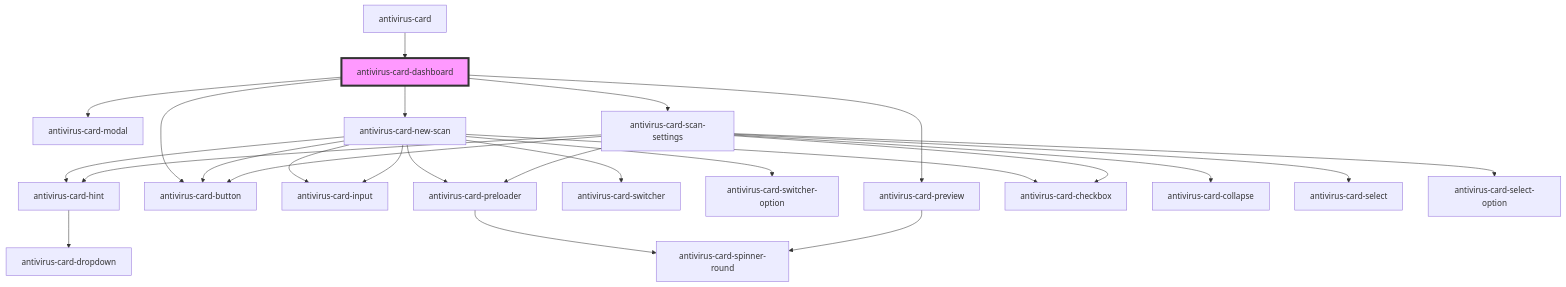
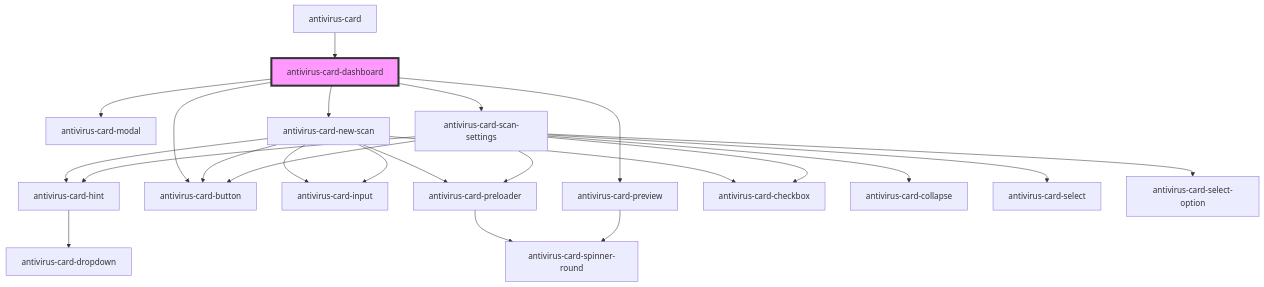
Before and after one commit to ispsystem/plugin-imunify: the diagram in client/packages/antivirus-card/src/components/dashboard/readme.md, drawn with Mermaid. The commit also changed 6 other files, not shown here.

Commit message:
fix(antivirus-card): 🐛 fix width history table

````diff
--- a/client/packages/antivirus-card/src/components/dashboard/readme.md
+++ b/client/packages/antivirus-card/src/components/dashboard/readme.md
@@ -30,28 +30,26 @@
 ```mermaid
 graph TD;
   antivirus-card-dashboard --> antivirus-card-modal
   antivirus-card-dashboard --> antivirus-card-new-scan
   antivirus-card-dashboard --> antivirus-card-scan-settings
   antivirus-card-dashboard --> antivirus-card-preview
   antivirus-card-dashboard --> antivirus-card-button
   antivirus-card-new-scan --> antivirus-card-input
   antivirus-card-new-scan --> antivirus-card-hint
-  antivirus-card-new-scan --> antivirus-card-switcher
-  antivirus-card-new-scan --> antivirus-card-switcher-option
   antivirus-card-new-scan --> antivirus-card-preloader
   antivirus-card-new-scan --> antivirus-card-button
   antivirus-card-new-scan --> antivirus-card-checkbox
   antivirus-card-new-scan --> antivirus-card-input
   antivirus-card-hint --> antivirus-card-dropdown
   antivirus-card-preloader --> antivirus-card-spinner-round
   antivirus-card-scan-settings --> antivirus-card-checkbox
   antivirus-card-scan-settings --> antivirus-card-collapse
   antivirus-card-scan-settings --> antivirus-card-select
   antivirus-card-scan-settings --> antivirus-card-select-option
   antivirus-card-scan-settings --> antivirus-card-hint
   antivirus-card-scan-settings --> antivirus-card-preloader
   antivirus-card-scan-settings --> antivirus-card-button
   antivirus-card-preview --> antivirus-card-spinner-round
   antivirus-card --> antivirus-card-dashboard
   style antivirus-card-dashboard fill:#f9f,stroke:#333,stroke-width:4px
 ```
````
